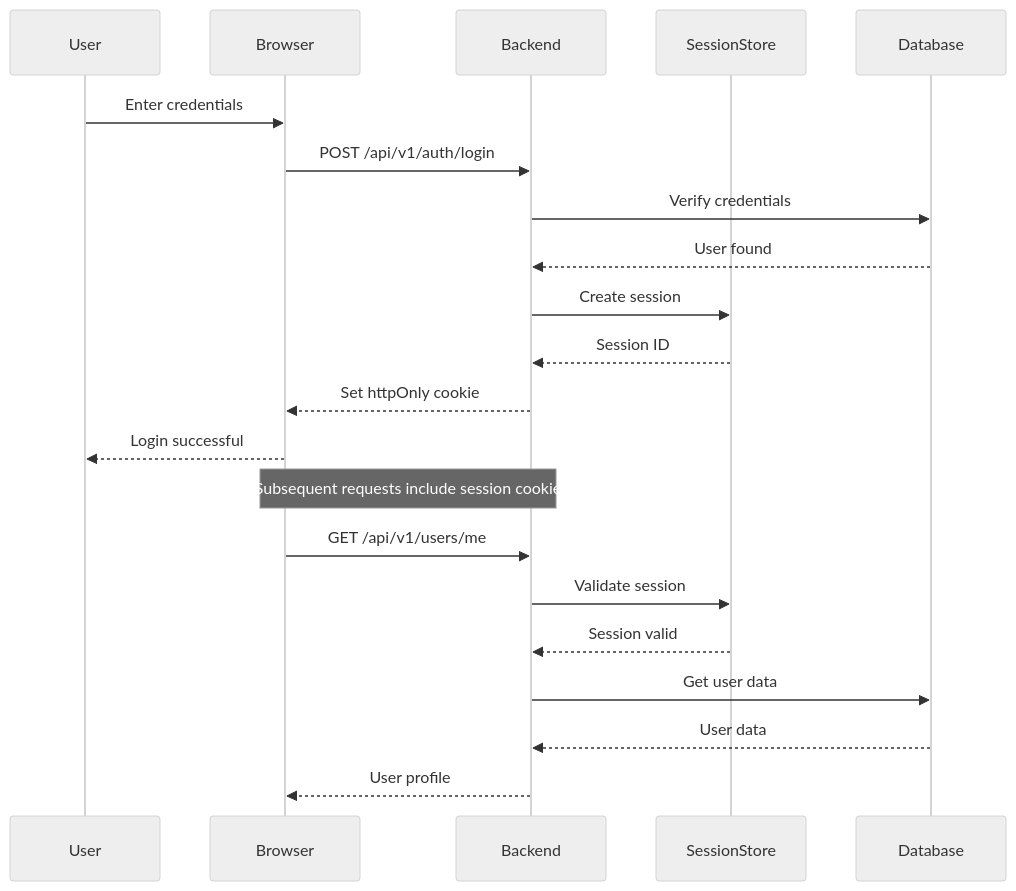
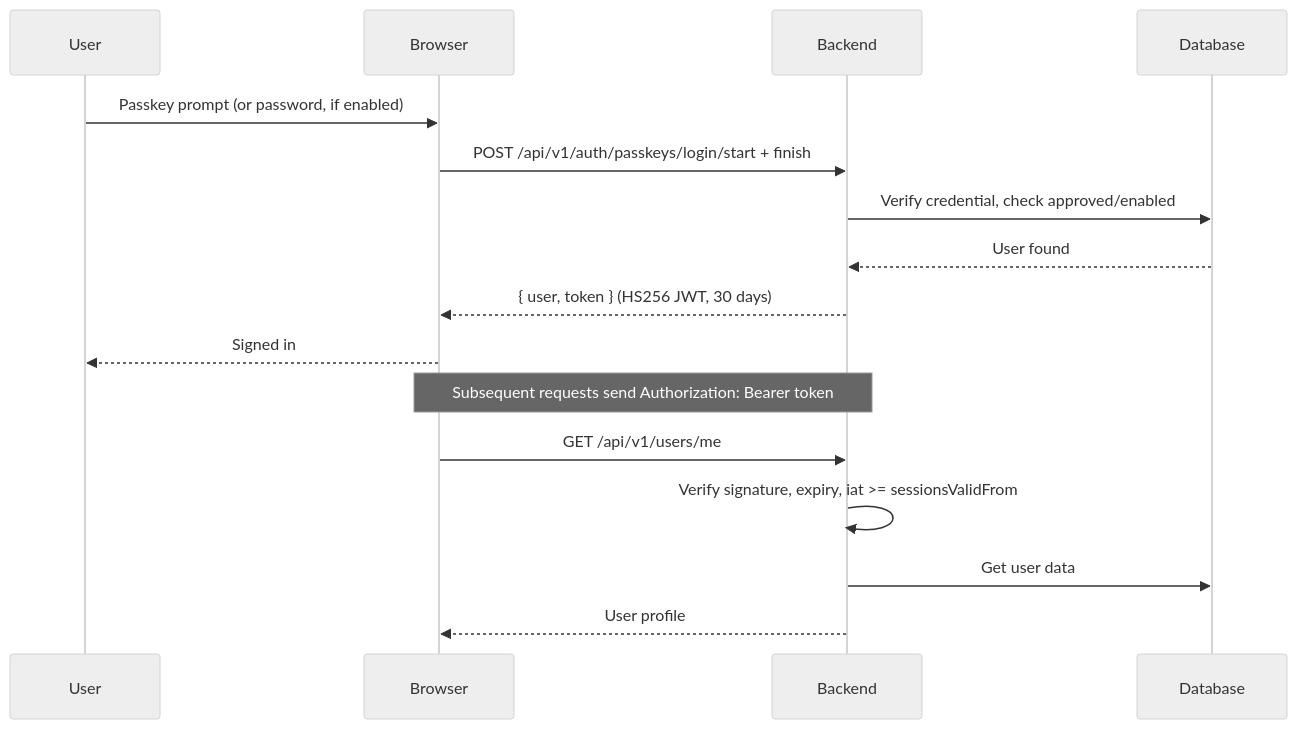
One commit to bobbyquantum/inkweld changed the sixth of 9 diagrams in docs/site/docs/developer/architecture.md. Above: the diagram before and after it, drawn with Mermaid. The commit also changed other lines of this file and 88 other files, not shown here.

````diff
--- a/docs/site/docs/developer/architecture.md
+++ b/docs/site/docs/developer/architecture.md
@@ -352,27 +402,22 @@
 ```mermaid
 %%{init: {'theme':'neutral'}}%%
 sequenceDiagram
     participant User
     participant Browser
     participant Backend
-    participant SessionStore
     participant Database
 
-    User->>Browser: Enter credentials
-    Browser->>Backend: POST /api/v1/auth/login
-    Backend->>Database: Verify credentials
+    User->>Browser: Passkey prompt (or password, if enabled)
+    Browser->>Backend: POST /api/v1/auth/passkeys/login/start + finish
+    Backend->>Database: Verify credential, check approved/enabled
     Database-->>Backend: User found
-    Backend->>SessionStore: Create session
-    SessionStore-->>Backend: Session ID
-    Backend-->>Browser: Set httpOnly cookie
-    Browser-->>User: Login successful
+    Backend-->>Browser: { user, token } (HS256 JWT, 30 days)
+    Browser-->>User: Signed in
 
-    Note over Browser,Backend: Subsequent requests include session cookie
+    Note over Browser,Backend: Subsequent requests send Authorization: Bearer token
 
     Browser->>Backend: GET /api/v1/users/me
-    Backend->>SessionStore: Validate session
-    SessionStore-->>Backend: Session valid
+    Backend->>Backend: Verify signature, expiry, iat >= sessionsValidFrom
     Backend->>Database: Get user data
-    Database-->>Backend: User data
     Backend-->>Browser: User profile
 ```
````
